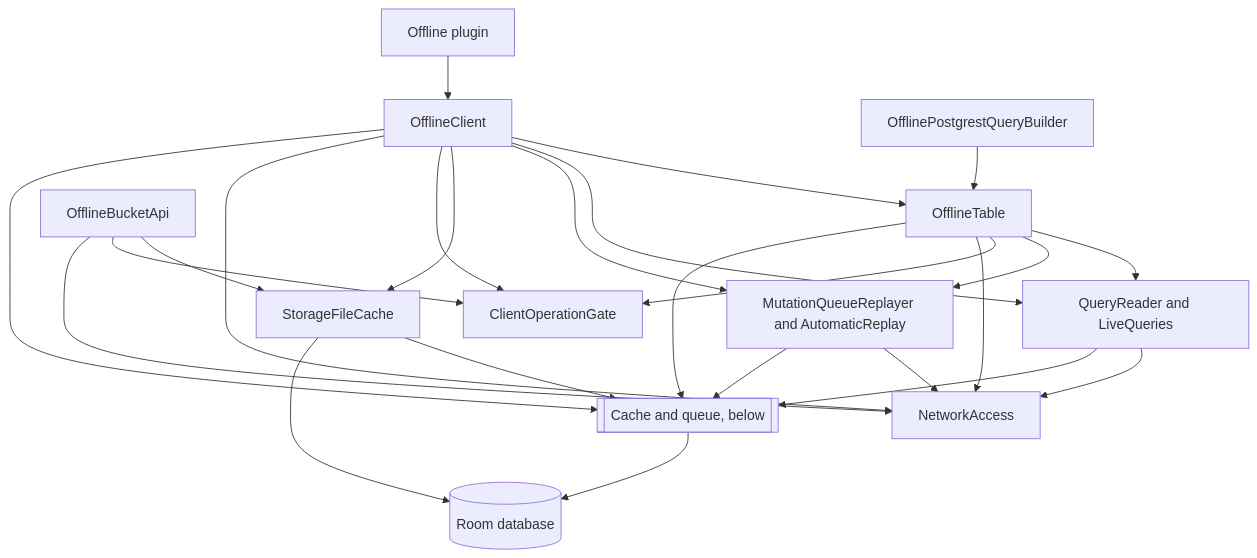
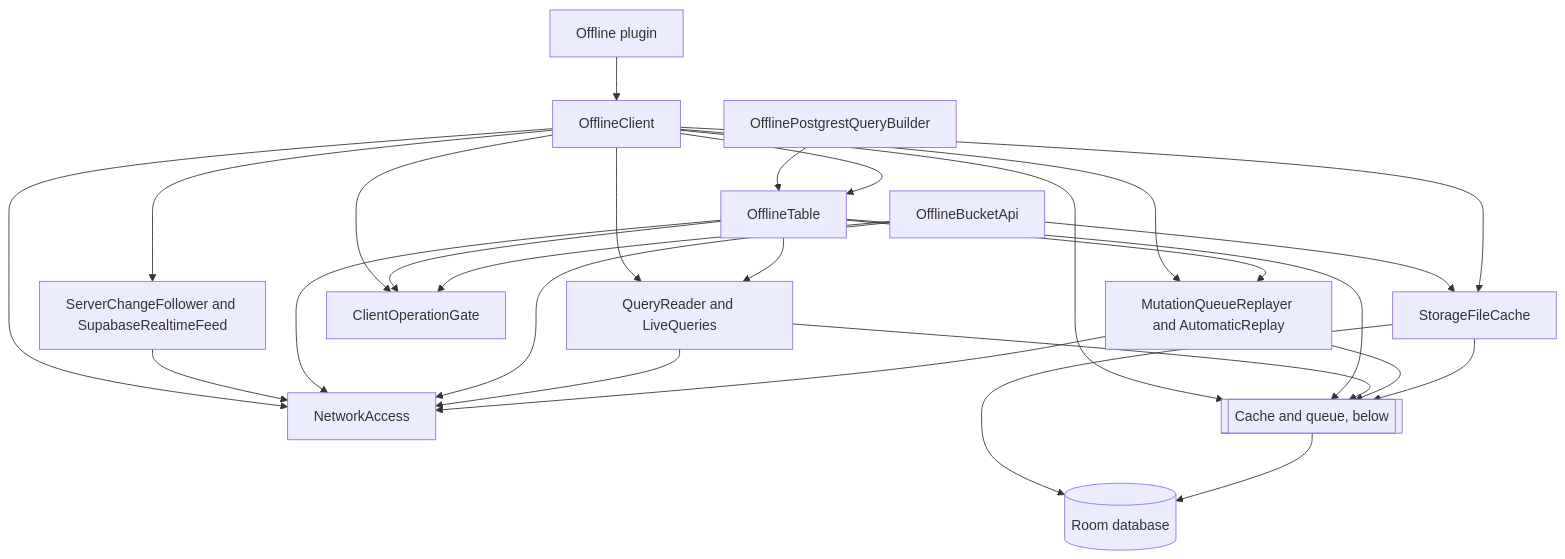
The first of 4 diagrams in docs/project/architecture.md (nesfeder/supabase-offline-kt), drawn with Mermaid before and after one commit. The commit also changed other lines of this file and 10 other files, not shown here.

````diff
--- a/docs/project/architecture.md
+++ b/docs/project/architecture.md
@@ -569,27 +594,29 @@
 ```mermaid
 flowchart TB
     P["Offline plugin"] --> OC["OfflineClient"]
     B["OfflinePostgrestQueryBuilder"] --> T["OfflineTable"]
     S["OfflineBucketApi"] --> FC["StorageFileCache"]
     OC --> T
     OC --> QR["QueryReader and LiveQueries"]
     OC --> R["MutationQueueReplayer and AutomaticReplay"]
     OC --> FC
     OC --> G["ClientOperationGate"]
     OC --> N["NetworkAccess"]
+    OC --> SF["ServerChangeFollower and SupabaseRealtimeFeed"]
+    SF --> N
     T --> QR["QueryReader and LiveQueries"]
     T --> R
     T --> G
     T --> N
     S --> G
     S --> N
     QR --> N
     R --> N
     OC --> CQ[["Cache and queue, below"]]
     T --> CQ
     QR --> CQ
     R --> CQ
     FC --> CQ
     FC --> DB[("Room database")]
     CQ --> DB
 ```
````
